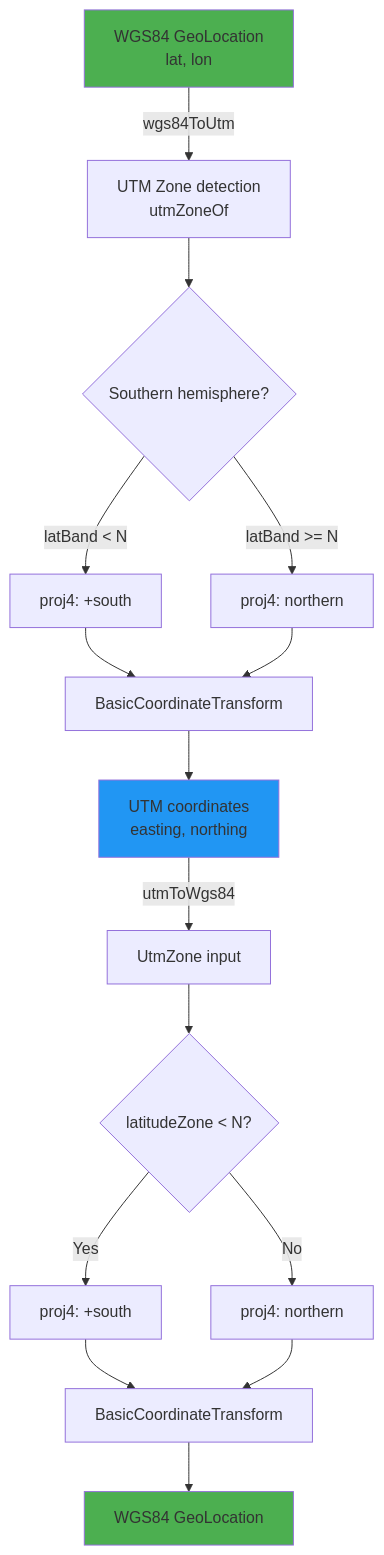
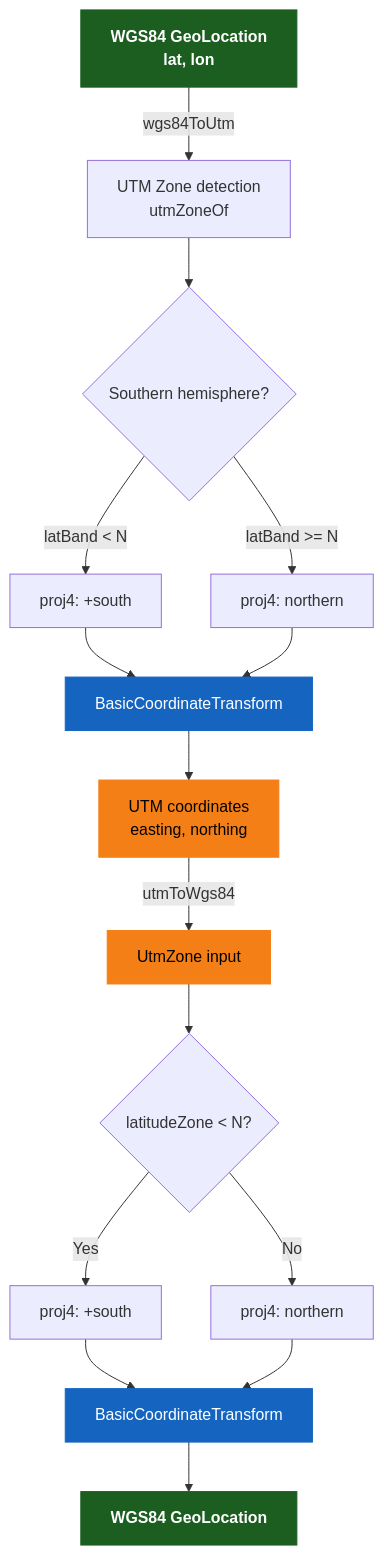
The second of 4 diagrams in utils/science/README.md (bluetape4k/bluetape4k-projects), drawn with Mermaid before and after one commit. The commit also changed other lines of this file and 221 other files, not shown here.

First line of the commit message:
docs: 전체 모듈 README UML 다이어그램 보강 및 색상 업그레이드

````diff
--- a/utils/science/README.md
+++ b/utils/science/README.md
@@ -64,22 +77,26 @@
 ```mermaid
 flowchart TD
     A[WGS84 GeoLocation\nlat, lon] -->|wgs84ToUtm| B[UTM Zone detection\nutmZoneOf]
     B --> C{Southern hemisphere?}
     C -->|latBand < N| D[proj4: +south]
     C -->|latBand >= N| E[proj4: northern]
     D --> F[BasicCoordinateTransform]
     E --> F
     F --> G[UTM coordinates\neasting, northing]
 
     G -->|utmToWgs84| H[UtmZone input]
     H --> I{latitudeZone < N?}
     I -->|Yes| J[proj4: +south]
     I -->|No| K[proj4: northern]
     J --> L[BasicCoordinateTransform]
     K --> L
     L --> M[WGS84 GeoLocation]
 
-    style A fill:#4CAF50
-    style G fill:#2196F3
-    style M fill:#4CAF50
+    classDef coreStyle fill:#1B5E20,stroke:#1B5E20,color:#FFFFFF,font-weight:bold
+    classDef serviceStyle fill:#1565C0,stroke:#1565C0,color:#FFFFFF
+    classDef dataStyle fill:#F57F17,stroke:#F57F17,color:#000000
+
+    class A,M coreStyle
+    class F,L serviceStyle
+    class G,H dataStyle
 ```
````
